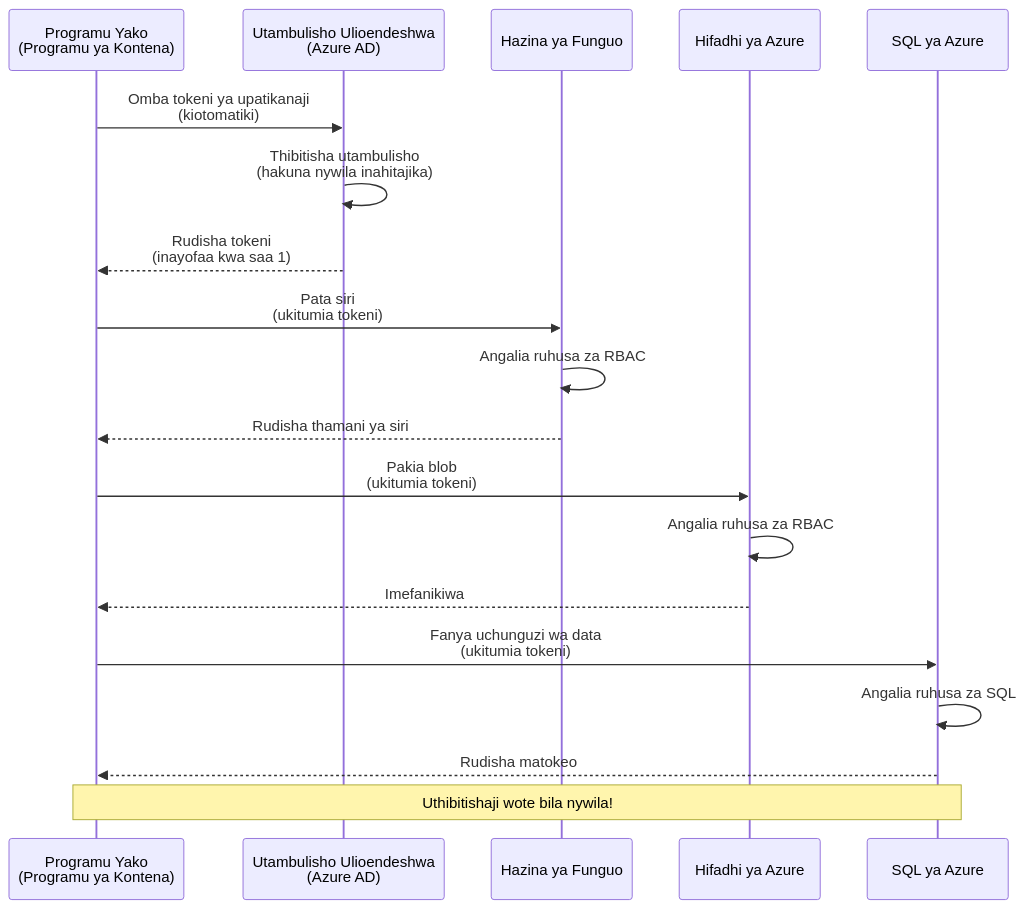
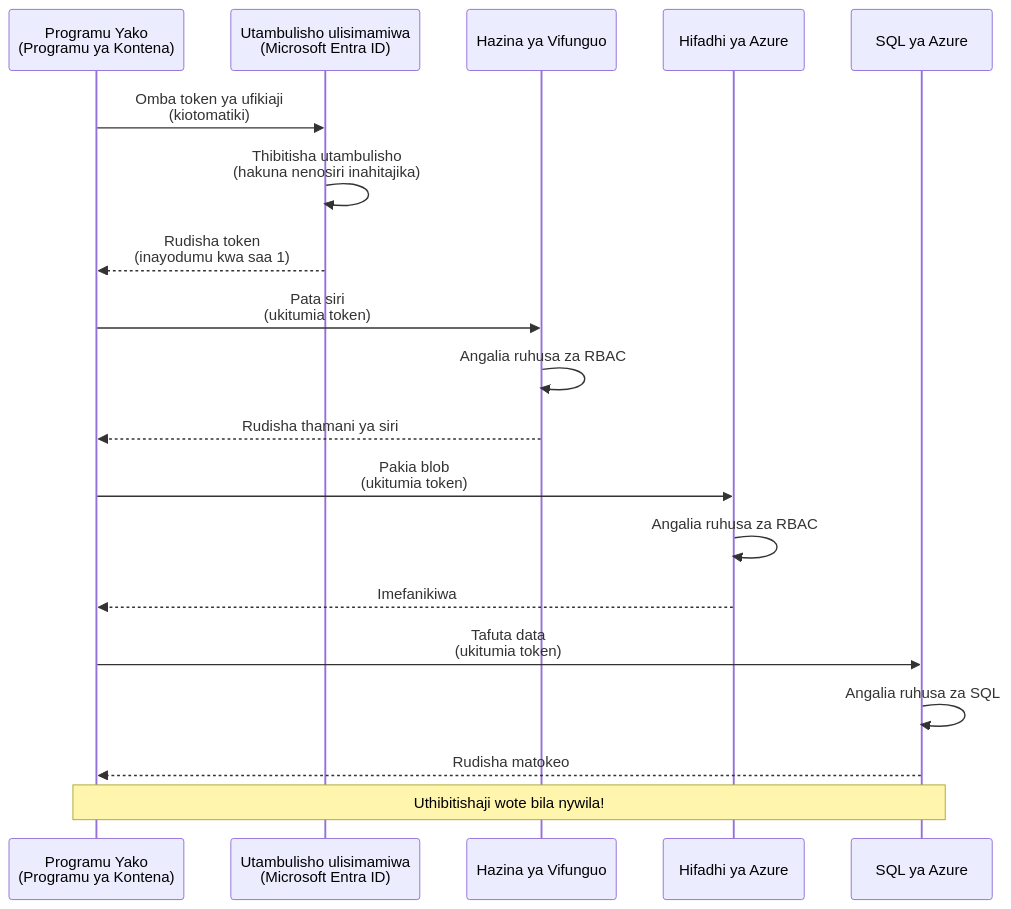
One commit to microsoft/AZD-for-beginners changed the first of 2 diagrams in translations/sw/docs/chapter-03-configuration/authsecurity.md. Above: the diagram before and after it, drawn with Mermaid. The commit also changed other lines of this file and 104 other files, not shown here.

````diff
--- a/translations/sw/docs/chapter-03-configuration/authsecurity.md
+++ b/translations/sw/docs/chapter-03-configuration/authsecurity.md
@@ -69,26 +69,26 @@
 ```mermaid
 sequenceDiagram
     participant App as Programu Yako<br/>(Programu ya Kontena)
-    participant MI as Utambulisho Ulioendeshwa<br/>(Azure AD)
-    participant KV as Hazina ya Funguo
+    participant MI as Utambulisho ulisimamiwa<br/>(Microsoft Entra ID)
+    participant KV as Hazina ya Vifunguo
     participant Storage as Hifadhi ya Azure
     participant DB as SQL ya Azure
     
-    App->>MI: Omba tokeni ya upatikanaji<br/>(kiotomatiki)
-    MI->>MI: Thibitisha utambulisho<br/>(hakuna nywila inahitajika)
-    MI-->>App: Rudisha tokeni<br/>(inayofaa kwa saa 1)
+    App->>MI: Omba token ya ufikiaji<br/>(kiotomatiki)
+    MI->>MI: Thibitisha utambulisho<br/>(hakuna nenosiri inahitajika)
+    MI-->>App: Rudisha token<br/>(inayodumu kwa saa 1)
     
-    App->>KV: Pata siri<br/>(ukitumia tokeni)
+    App->>KV: Pata siri<br/>(ukitumia token)
     KV->>KV: Angalia ruhusa za RBAC
     KV-->>App: Rudisha thamani ya siri
     
-    App->>Storage: Pakia blob<br/>(ukitumia tokeni)
+    App->>Storage: Pakia blob<br/>(ukitumia token)
     Storage->>Storage: Angalia ruhusa za RBAC
     Storage-->>App: Imefanikiwa
     
-    App->>DB: Fanya uchunguzi wa data<br/>(ukitumia tokeni)
+    App->>DB: Tafuta data<br/>(ukitumia token)
     DB->>DB: Angalia ruhusa za SQL
     DB-->>App: Rudisha matokeo
     
     Note over App,DB: Uthibitishaji wote bila nywila!
 ```
````
